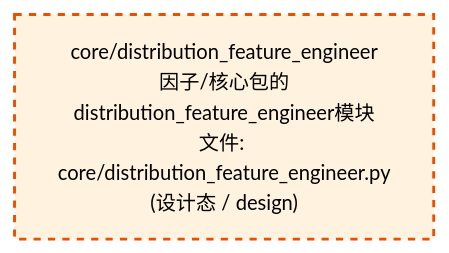
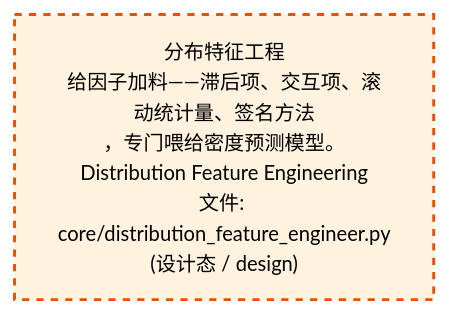
The third of 4 diagrams in docs/02_enterprise_architecture/02_domain_architecture_docs/46_d_factor.md (xuanFelixVan/ZephyrAlpha), drawn with Mermaid before and after one commit. The commit also changed other lines of this file and 100 other files, not shown here.

````diff
--- a/docs/02_enterprise_architecture/02_domain_architecture_docs/46_d_factor.md
+++ b/docs/02_enterprise_architecture/02_domain_architecture_docs/46_d_factor.md
@@ -515,10 +515,10 @@
 ```mermaid
 %%{init: {'theme': 'base', 'themeVariables': {'primaryColor': '#eaeaea', 'primaryTextColor': '#333333', 'primaryBorderColor': '#666666', 'lineColor': '#666666', 'secondaryColor': '#eaeaea', 'tertiaryColor': '#eaeaea', 'fontSize': '14px'}}}%%
 flowchart TD
-    src_zephyr_factor_core_distribution_feature_engineer_py["core/distribution_feature_engineer<br/>因子/核心包的distribution_feature_engineer模块<br/>文件: core/distribution_feature_engineer.py<br/>(设计态 / design)"]
+    src_zephyr_factor_core_distribution_feature_engineer_py["分布特征工程<br/>给因子加料——滞后项、交互项、滚动统计量、签名方法<br/>，专门喂给密度预测模型。<br/>Distribution Feature Engineering<br/>文件: core/distribution_feature_engineer.py<br/>(设计态 / design)"]
     classDef production fill:#e1f5fe,stroke:#01579b,stroke-width:2px,color:#000
     classDef design fill:#fff3e0,stroke:#e65100,stroke-width:2px,color:#000,stroke-dasharray: 5 5
     classDef external_prod fill:#e8f4fd,stroke:#0277bd,stroke-width:1px,color:#000
     classDef external_design fill:#fff8e7,stroke:#ef6c00,stroke-width:1px,color:#000,stroke-dasharray: 5 5
     class src_zephyr_factor_core_distribution_feature_engineer_py design
 ```
````
